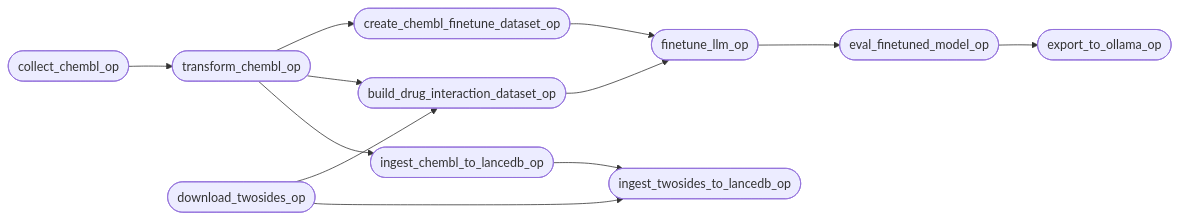
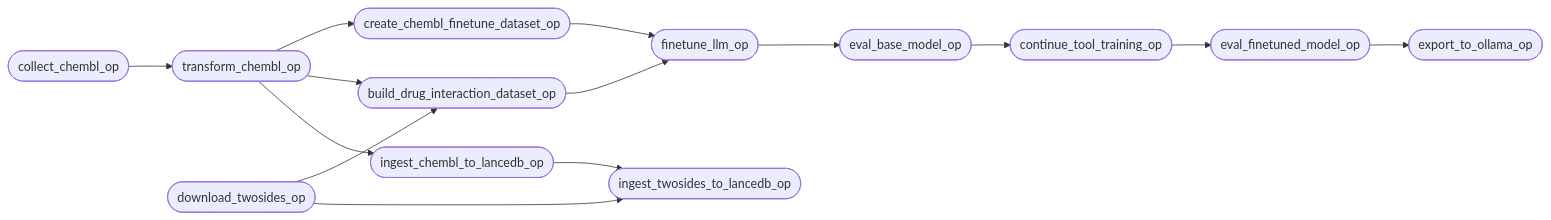
The first of 4 diagrams in app/orchestration/README.md (AymanSulaiman/chem_mlops), drawn with Mermaid before and after one commit. The commit also changed other lines of this file and 2 other files, not shown here.

````diff
--- a/app/orchestration/README.md
+++ b/app/orchestration/README.md
@@ -21,18 +21,20 @@
 ```mermaid
 flowchart LR
     A([collect_chembl_op]) --> B([transform_chembl_op])
     S3([download_twosides_op]) --> DDI
 
     B --> C([create_chembl_finetune_dataset_op])
     B --> DDI([build_drug_interaction_dataset_op])
     B --> E([ingest_chembl_to_lancedb_op])
 
     E --> TW([ingest_twosides_to_lancedb_op])
     S3 --> TW
 
     C --> F([finetune_llm_op])
     DDI --> F
 
-    F --> G([eval_finetuned_model_op])
+    F --> EVB([eval_base_model_op])
+    EVB --> CTT([continue_tool_training_op])
+    CTT --> G([eval_finetuned_model_op])
     G --> H([export_to_ollama_op])
 ```
````
